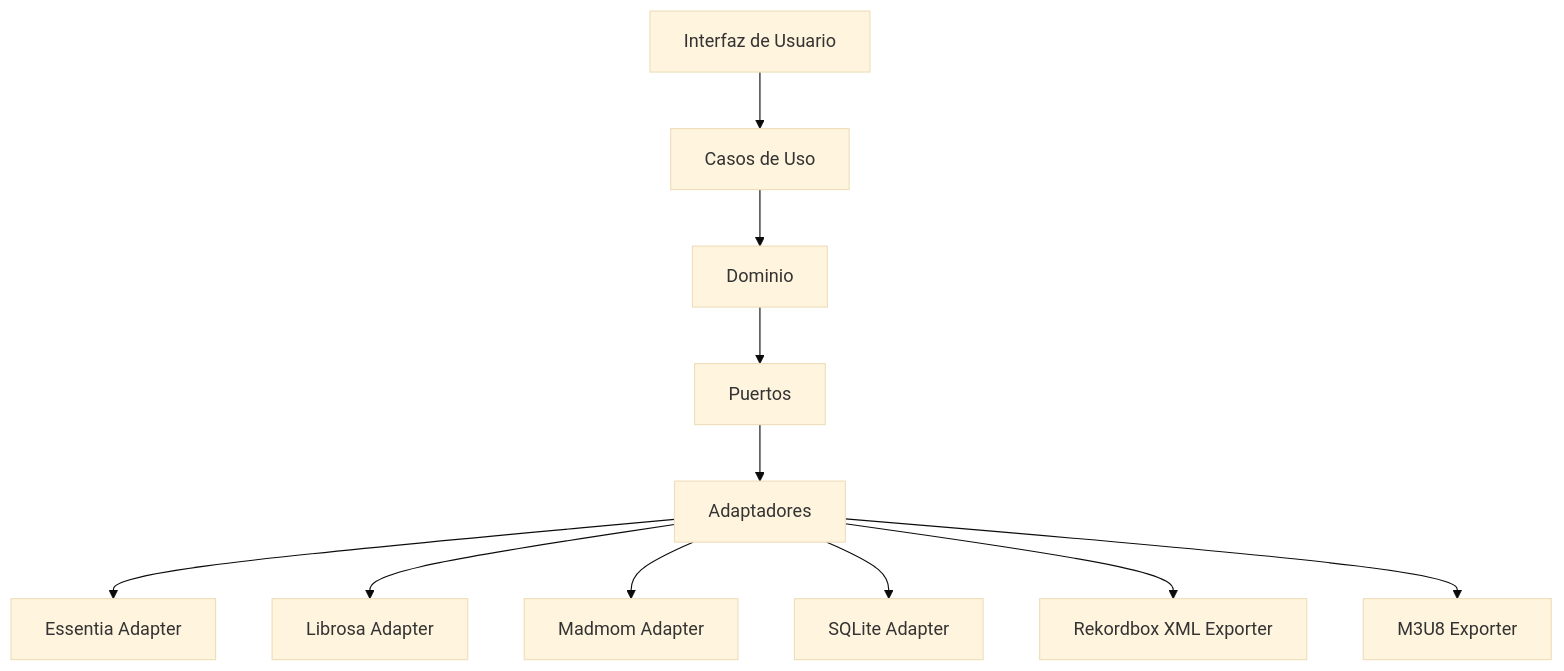
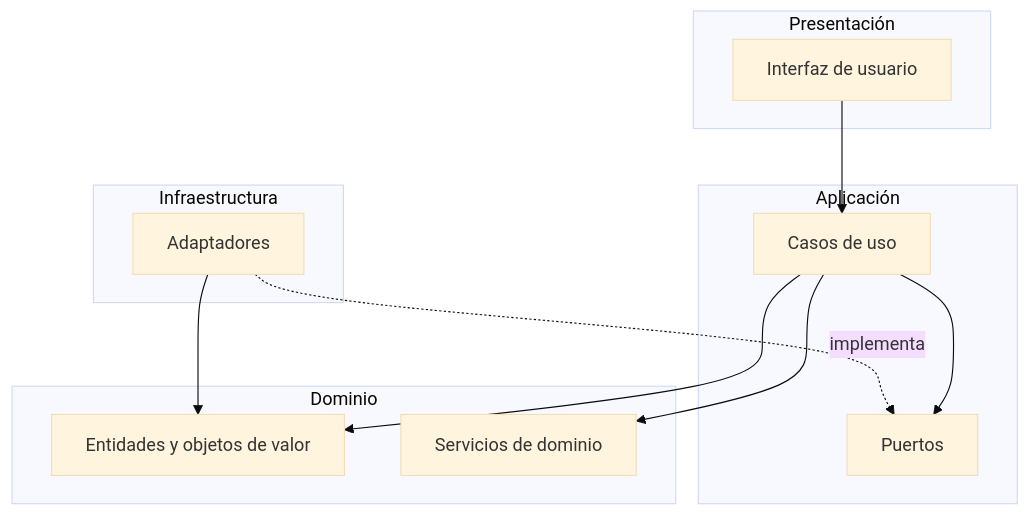
The first of 3 diagrams in docs/architecture/README.md (pabloo806/Trabajo-de-Fin-de-Grado), drawn with Mermaid (base theme) before and after one commit. The commit also changed other lines of this file, not shown here.

First line of the commit message:
Update architectural README for clarity and detail

````diff
--- a/docs/architecture/README.md
+++ b/docs/architecture/README.md
@@ -112,27 +73,28 @@
 ```mermaid
-flowchart TD
+flowchart TB
 
-    UI["Interfaz de Usuario"]
+    subgraph PRES["Presentación"]
+        UI["Interfaz de usuario"]
+    end
 
-    APP["Casos de Uso"]
+    subgraph APP["Aplicación"]
+        UC["Casos de uso"]
+        PORTS["Puertos"]
+    end
 
-    DOMAIN["Dominio"]
+    subgraph DOM["Dominio"]
+        ENT["Entidades y objetos de valor"]
+        SRV["Servicios de dominio"]
+    end
 
-    PORTS["Puertos"]
+    subgraph INF["Infraestructura"]
+        AD["Adaptadores"]
+    end
 
-    ADAPTERS["Adaptadores"]
-
-    UI --> APP
-    APP --> DOMAIN
-    DOMAIN --> PORTS
-    PORTS --> ADAPTERS
-
-    ADAPTERS --> ESS["Essentia Adapter"]
-    ADAPTERS --> LIB["Librosa Adapter"]
-    ADAPTERS --> MAD["Madmom Adapter"]
-
-    ADAPTERS --> DB["SQLite Adapter"]
-
-    ADAPTERS --> XML["Rekordbox XML Exporter"]
-    ADAPTERS --> M3U8["M3U8 Exporter"]
+    UI --> UC
+    UC --> ENT
+    UC --> SRV
+    UC --> PORTS
+    AD -.implementa.-> PORTS
+    AD --> ENT
 ```
````
